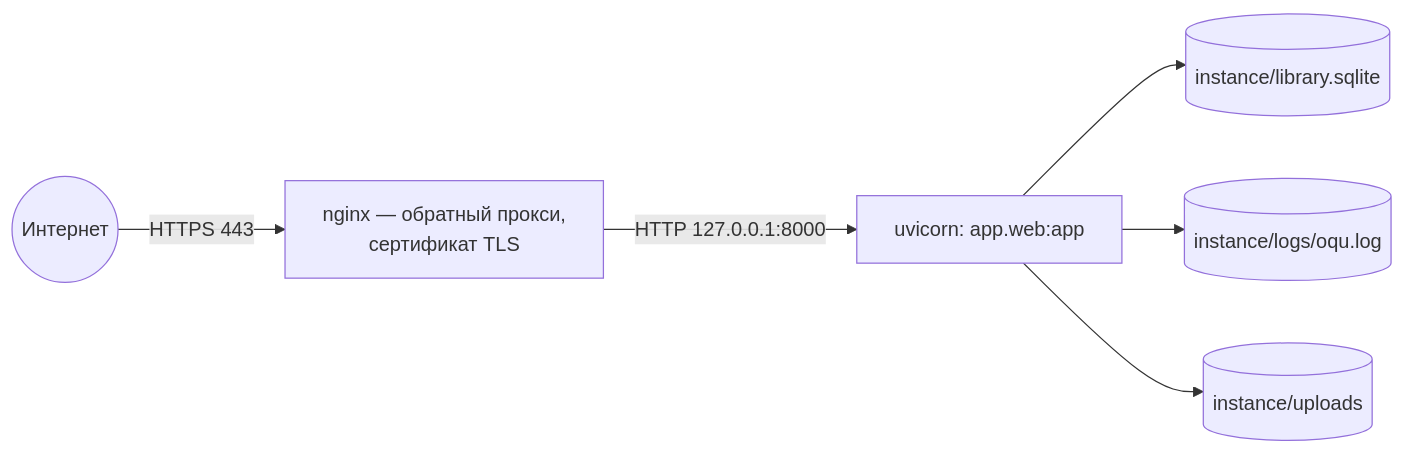
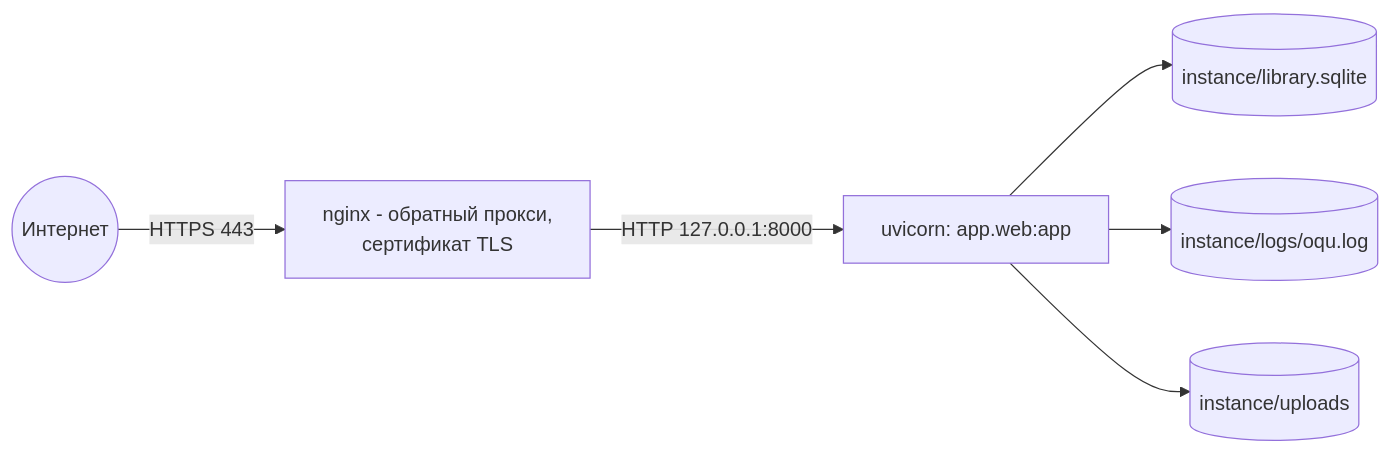
Before and after one commit to Kioku-0/oqu: the fifth of 5 diagrams in docs/03_Описание_архитектуры.md, drawn with Mermaid. The commit also changed other lines of this file and 35 other files, not shown here.

````diff
--- a/docs/03_Описание_архитектуры.md
+++ b/docs/03_Описание_архитектуры.md
@@ -175,8 +175,8 @@
 ```mermaid
 flowchart LR
-    I((Интернет)) -- HTTPS 443 --> N[nginx — обратный прокси,<br/>сертификат TLS]
+    I((Интернет)) -- HTTPS 443 --> N[nginx - обратный прокси,<br/>сертификат TLS]
     N -- HTTP 127.0.0.1:8000 --> U[uvicorn: app.web:app]
     U --> F[(instance/library.sqlite)]
     U --> L[(instance/logs/oqu.log)]
     U --> P[(instance/uploads)]
 ```
````
